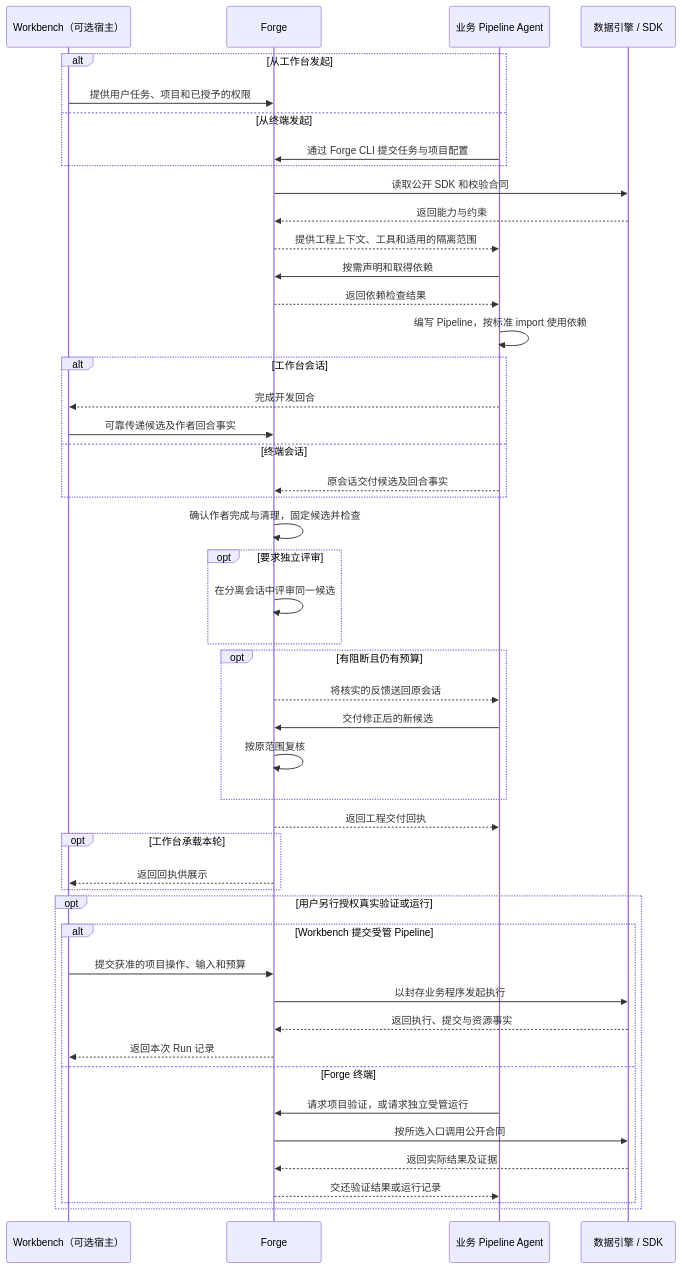
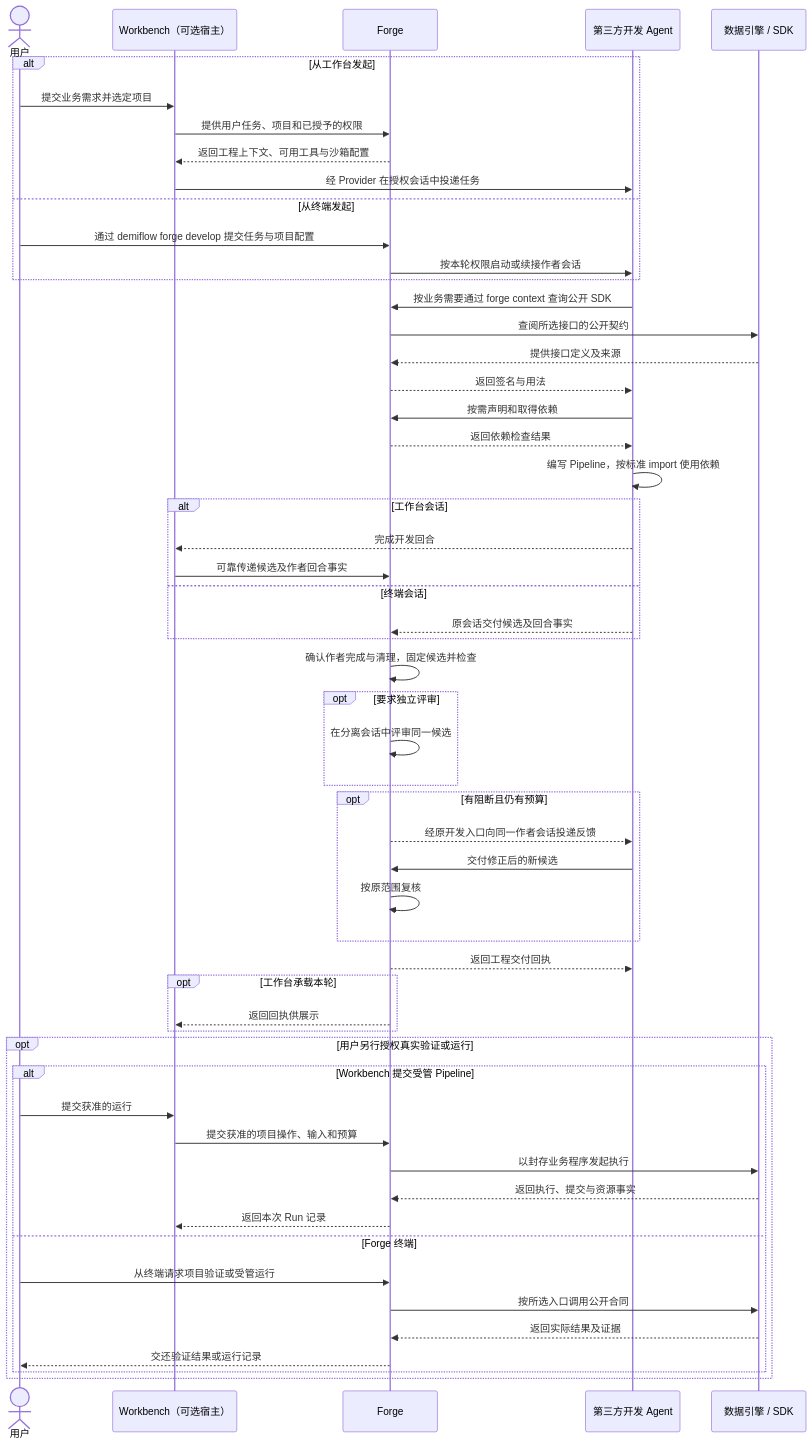
The second of 14 diagrams in docs/demiflow-architecture.md (vincent9299/demiflow), drawn with Mermaid before and after one commit. The commit also changed other lines of this file, not shown here.

Commit message:
Show the third-party coding agent as the Pipeline author

````diff
--- a/docs/demiflow-architecture.md
+++ b/docs/demiflow-architecture.md
@@ -50,50 +53,57 @@
 ```mermaid
 sequenceDiagram
+    actor U as 用户
     participant W as Workbench（可选宿主）
     participant F as Forge
-    participant A as 业务 Pipeline Agent
+    participant A as 第三方开发 Agent
     participant E as 数据引擎 / SDK
     alt 从工作台发起
+        U->>W: 提交业务需求并选定项目
         W->>F: 提供用户任务、项目和已授予的权限
+        F-->>W: 返回工程上下文、可用工具与沙箱配置
+        W->>A: 经 Provider 在授权会话中投递任务
     else 从终端发起
-        A->>F: 通过 Forge CLI 提交任务与项目配置
+        U->>F: 通过 demiflow forge develop 提交任务与项目配置
+        F->>A: 按本轮权限启动或续接作者会话
     end
-    F->>E: 读取公开 SDK 和校验合同
-    E-->>F: 返回能力与约束
-    F-->>A: 提供工程上下文、工具和适用的隔离范围
+    A->>F: 按业务需要通过 forge context 查询公开 SDK
+    F->>E: 查阅所选接口的公开契约
+    E-->>F: 提供接口定义及来源
+    F-->>A: 返回签名与用法
     A->>F: 按需声明和取得依赖
     F-->>A: 返回依赖检查结果
     A->>A: 编写 Pipeline，按标准 import 使用依赖
     alt 工作台会话
         A-->>W: 完成开发回合
         W->>F: 可靠传递候选及作者回合事实
     else 终端会话
         A-->>F: 原会话交付候选及回合事实
     end
     F->>F: 确认作者完成与清理，固定候选并检查
     opt 要求独立评审
         F->>F: 在分离会话中评审同一候选
     end
     opt 有阻断且仍有预算
-        F-->>A: 将核实的反馈送回原会话
+        F-->>A: 经原开发入口向同一作者会话投递反馈
         A->>F: 交付修正后的新候选
         F->>F: 按原范围复核
     end
     F-->>A: 返回工程交付回执
     opt 工作台承载本轮
         F-->>W: 返回回执供展示
     end
     opt 用户另行授权真实验证或运行
         alt Workbench 提交受管 Pipeline
+            U->>W: 提交获准的运行
             W->>F: 提交获准的项目操作、输入和预算
             F->>E: 以封存业务程序发起执行
             E-->>F: 返回执行、提交与资源事实
             F-->>W: 返回本次 Run 记录
         else Forge 终端
-            A->>F: 请求项目验证，或请求独立受管运行
+            U->>F: 从终端请求项目验证或受管运行
             F->>E: 按所选入口调用公开合同
             E-->>F: 返回实际结果及证据
-            F-->>A: 交还验证结果或运行记录
+            F-->>U: 交还验证结果或运行记录
         end
     end
 ```
````
